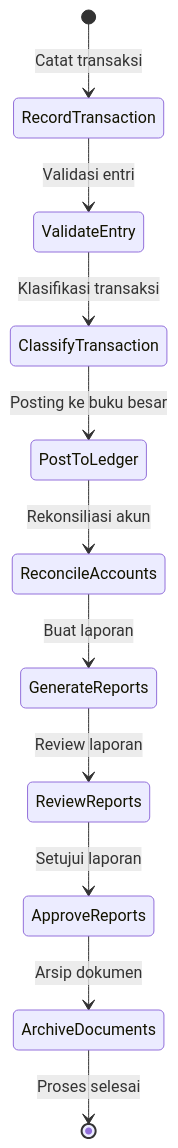
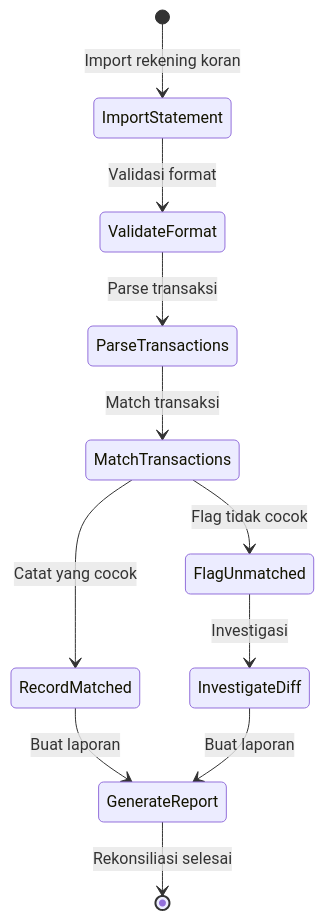
The eighth of 15 diagrams in documents/activity-diagrams.md (mrfansi/DearPOS), drawn with Mermaid before and after one commit. The commit also changed other lines of this file and 3 other files, not shown here.

````diff
--- a/documents/activity-diagrams.md
+++ b/documents/activity-diagrams.md
@@ -168,13 +132,13 @@
 ```mermaid
 stateDiagram-v2
-    [*] --> RecordTransaction: Catat transaksi
-    RecordTransaction --> ValidateEntry: Validasi entri
-    ValidateEntry --> ClassifyTransaction: Klasifikasi transaksi
-    ClassifyTransaction --> PostToLedger: Posting ke buku besar
-    PostToLedger --> ReconcileAccounts: Rekonsiliasi akun
-    ReconcileAccounts --> GenerateReports: Buat laporan
-    GenerateReports --> ReviewReports: Review laporan
-    ReviewReports --> ApproveReports: Setujui laporan
-    ApproveReports --> ArchiveDocuments: Arsip dokumen
-    ArchiveDocuments --> [*]: Proses selesai
+    [*] --> ImportStatement: Import rekening koran
+    ImportStatement --> ValidateFormat: Validasi format
+    ValidateFormat --> ParseTransactions: Parse transaksi
+    ParseTransactions --> MatchTransactions: Match transaksi
+    MatchTransactions --> FlagUnmatched: Flag tidak cocok
+    MatchTransactions --> RecordMatched: Catat yang cocok
+    FlagUnmatched --> InvestigateDiff: Investigasi
+    RecordMatched --> GenerateReport: Buat laporan
+    InvestigateDiff --> GenerateReport: Buat laporan
+    GenerateReport --> [*]: Rekonsiliasi selesai
 ```
````
